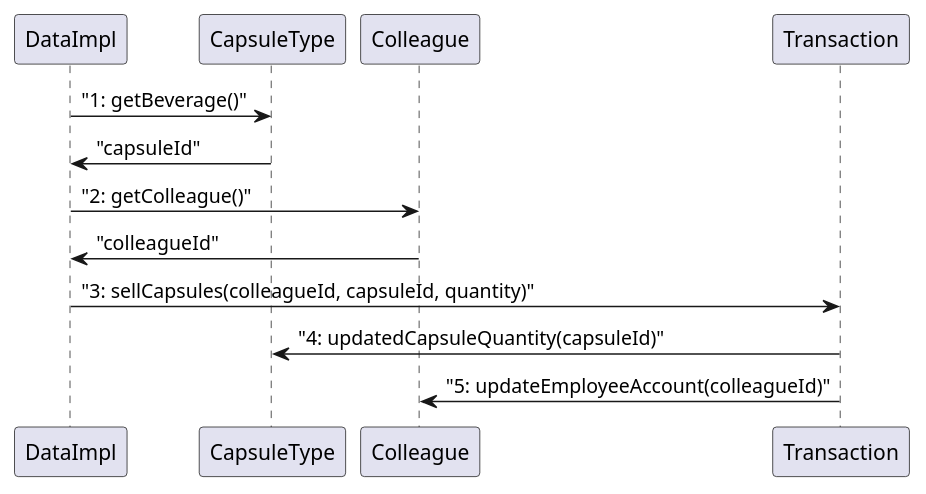
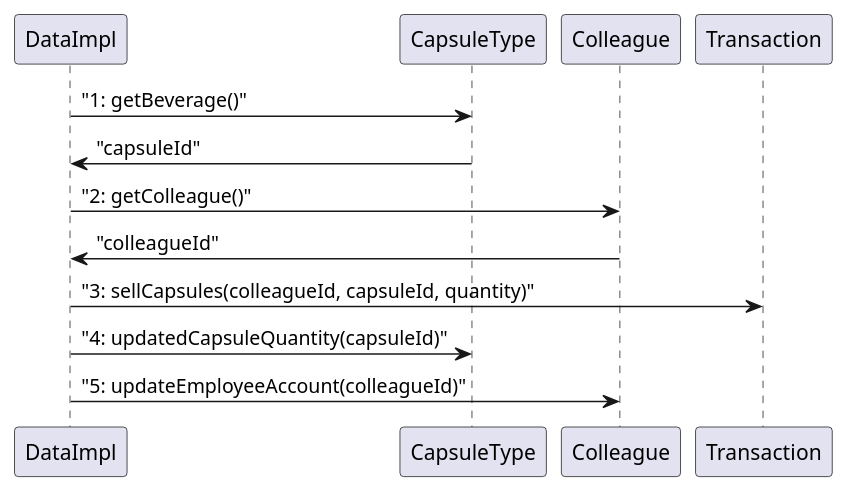
The third of 4 diagrams in DesignDocument.md (s41m0n/LaTazza), drawn with PlantUML before and after one commit. The commit also changed other lines of this file, not shown here.

````diff
--- a/DesignDocument.md
+++ b/DesignDocument.md
@@ -168,11 +172,11 @@
 ```plantuml
 @startuml
 "DataImpl" -> "CapsuleType": "1: getBeverage()"
 "CapsuleType" -> "DataImpl": "capsuleId"
 "DataImpl" -> "Colleague": "2: getColleague()"
 "Colleague" -> "DataImpl": "colleagueId"
 "DataImpl" -> "Transaction": "3: sellCapsules(colleagueId, capsuleId, quantity)"
-"Transaction" -> "CapsuleType": "4: updatedCapsuleQuantity(capsuleId)"
-"Transaction" -> "Colleague": "5: updateEmployeeAccount(colleagueId)"
+"DataImpl" -> "CapsuleType": "4: updatedCapsuleQuantity(capsuleId)"
+"DataImpl" -> "Colleague": "5: updateEmployeeAccount(colleagueId)"
 @enduml
 ```
````
